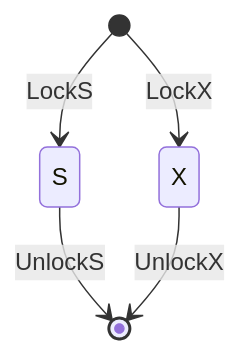
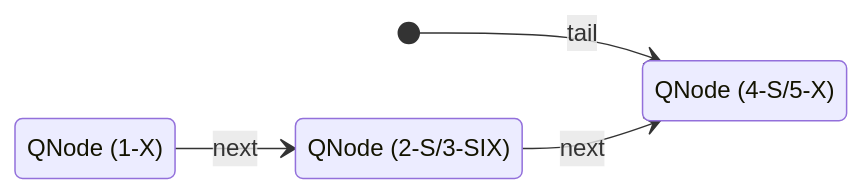
One commit to dbgroup-nagoya-u/cpp-utility changed the second of 3 diagrams in design_doc/lock.md. Above: the diagram before and after it, drawn with Mermaid. The commit also changed other lines of this file and 1 other file, not shown here.

````diff
--- a/design_doc/lock.md
+++ b/design_doc/lock.md
@@ -122,7 +61,10 @@
 ```mermaid
 stateDiagram-v2
-    [*] --> S : LockS
-    [*] --> X : LockX
-    S --> [*] : UnlockS
-    X --> [*] : UnlockX
+    direction LR
+    QNode1: QNode (1-X)
+    QNode2: QNode (2-S/3-SIX)
+    QNode3: QNode (4-S/5-X)
+    [*] --> QNode3: tail
+    QNode1 --> QNode2: next
+    QNode2 --> QNode3: next
 ```
````
